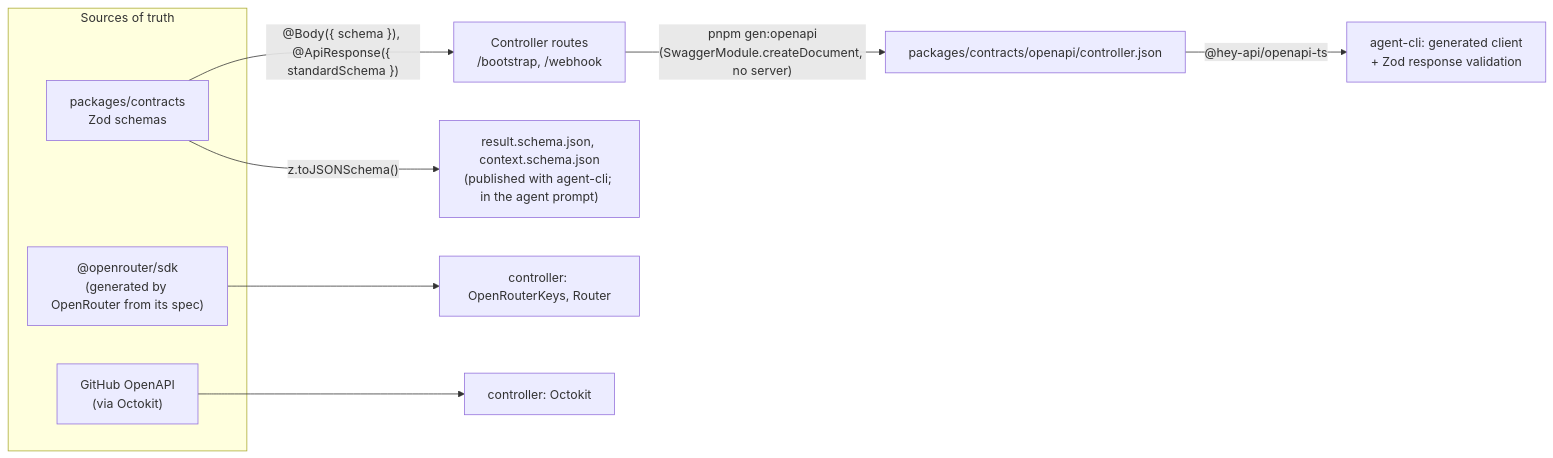
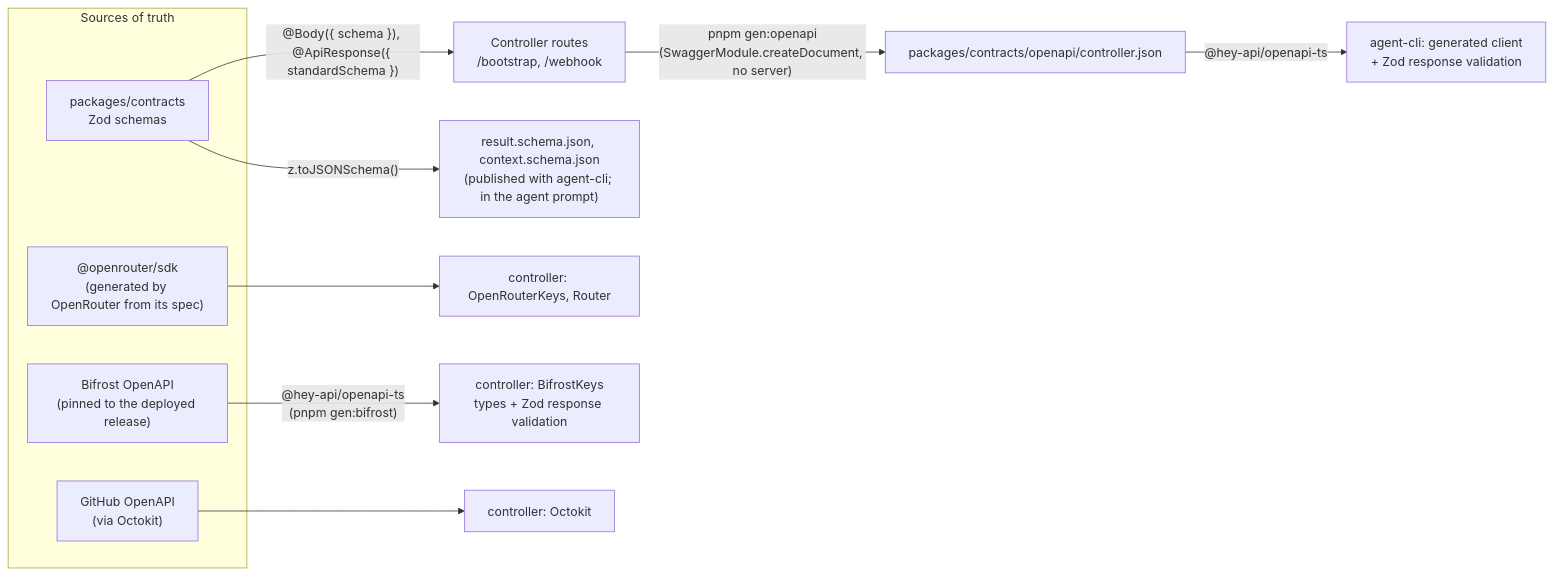
Before and after one commit to open-macaron/macaron: the diagram in docs/ENGINEERING.md, drawn with Mermaid. The commit also changed other lines of this file and 5 other files, not shown here.

First line of the commit message:
docs: two LLM backends (OpenRouter, Bifrost over an upstream key)

````diff
--- a/docs/ENGINEERING.md
+++ b/docs/ENGINEERING.md
@@ -93,14 +94,16 @@
 ```mermaid
 flowchart LR
   subgraph SRC["Sources of truth"]
     Z["packages/contracts<br/>Zod schemas"]
     ORS["@openrouter/sdk<br/>(generated by OpenRouter from its spec)"]
+    BFS["Bifrost OpenAPI<br/>(pinned to the deployed release)"]
     GHS["GitHub OpenAPI<br/>(via Octokit)"]
   end
   Z -- "@Body({ schema }), @ApiResponse({ standardSchema })" --> NEST["Controller routes<br/>/bootstrap, /webhook"]
   NEST -- "pnpm gen:openapi<br/>(SwaggerModule.createDocument, no server)" --> SPEC["packages/contracts/openapi/controller.json"]
   SPEC -- "@hey-api/openapi-ts" --> AC["agent-cli: generated client<br/>+ Zod response validation"]
   ORS --> ORC["controller: OpenRouterKeys, Router"]
+  BFS -- "@hey-api/openapi-ts<br/>(pnpm gen:bifrost)" --> BFC["controller: BifrostKeys<br/>types + Zod response validation"]
   Z -- "z.toJSONSchema()" --> JS["result.schema.json, context.schema.json<br/>(published with agent-cli; in the agent prompt)"]
   GHS --> OCT["controller: Octokit"]
 ```
````
